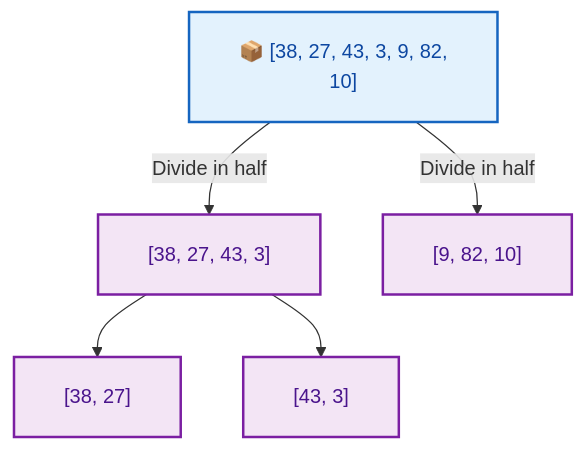
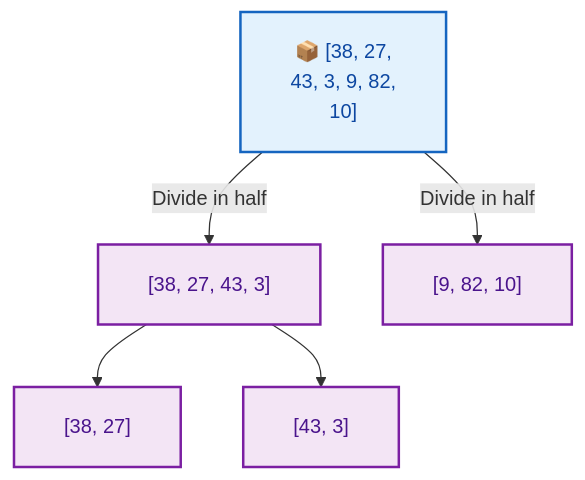
Before and after one commit to dip4k/DSA_102: the first of 7 diagrams in week_03_foundations_iii_sorting_and_hashing/Week_03_Visual_Concepts_Playbook_HYBRID.md, drawn with Mermaid. The commit also changed other lines of this file and 106 other files, not shown here.

First line of the commit message:
fix(mermaid): prevent text clipping with foreignObject overflow and tighter line wrapping

````diff
--- a/week_03_foundations_iii_sorting_and_hashing/Week_03_Visual_Concepts_Playbook_HYBRID.md
+++ b/week_03_foundations_iii_sorting_and_hashing/Week_03_Visual_Concepts_Playbook_HYBRID.md
@@ -216,14 +216,14 @@
 ```mermaid
-%%{init: {"flowchart": {"htmlLabels": true, "padding": 20}}}%%
+%%{init: {"flowchart": {"htmlLabels": true, "padding": 20}, "themeCSS": "foreignObject { overflow: visible !important; }"}}%%
 flowchart TD
     classDef orig fill:#e3f2fd,stroke:#1565c0,stroke-width:2px,color:#0d47a1
     classDef half fill:#f3e5f5,stroke:#7b1fa2,stroke-width:2px,color:#4a148c
 
-    All["📦 [38, 27, 43, 3, 9, 82,<br/>10]"]:::orig
+    All["📦 [38, 27,<br/>43, 3, 9, 82,<br/>10]"]:::orig
     L1["[38, 27, 43, 3]"]:::half
     R1["[9, 82, 10]"]:::half
     All -->|"Divide in half"| L1 & R1
     L2["[38, 27]"]:::half
     L3["[43, 3]"]:::half
     L1 --> L2 & L3
 ```
````
